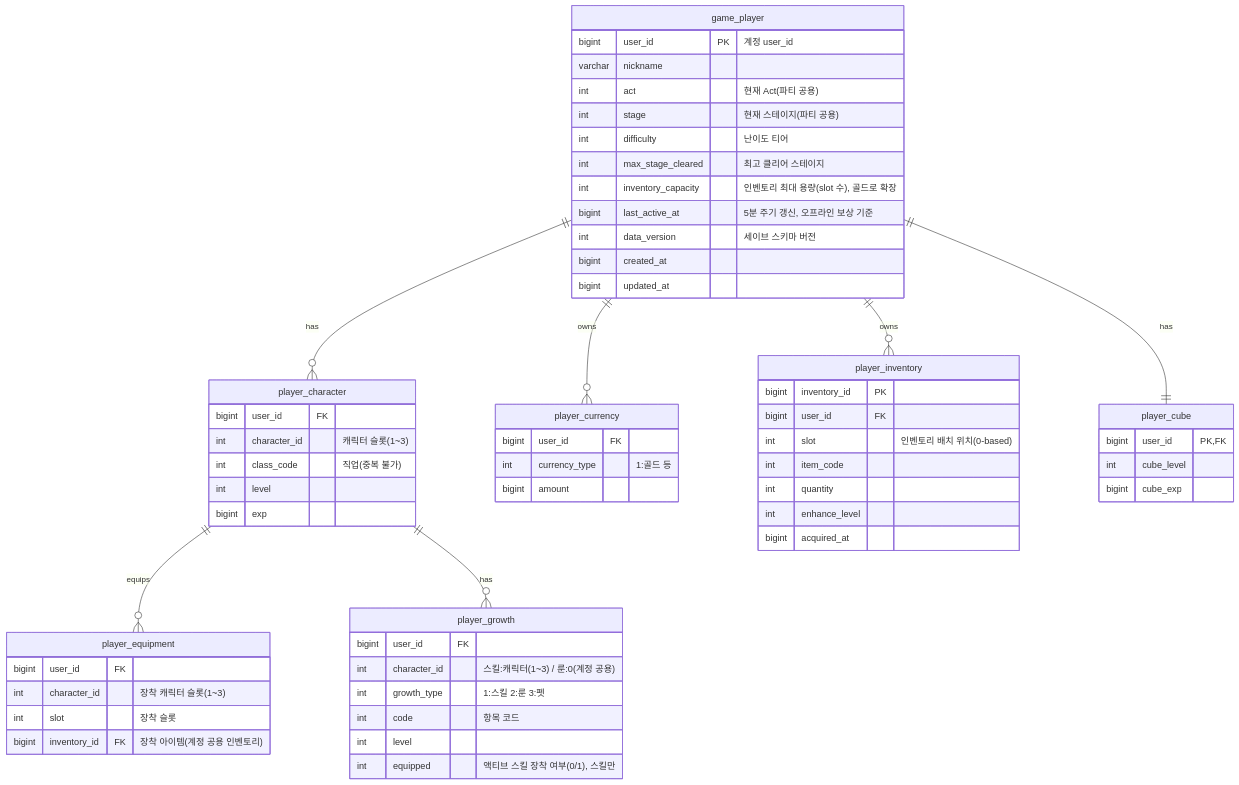
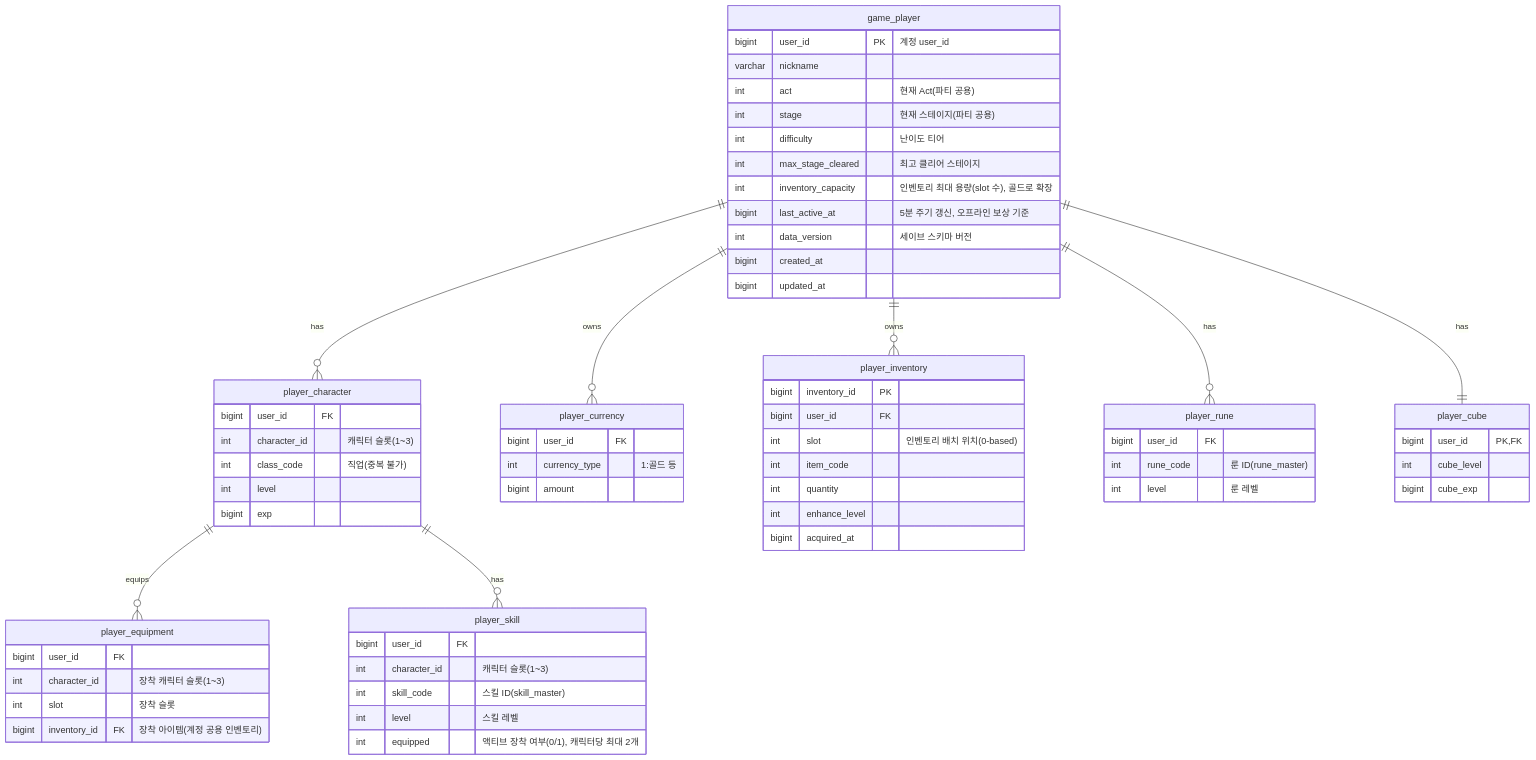
The second of 2 diagrams in docs/공통/db-erd-통합.md (ks-wook/com2us-taskbar-hero), drawn with Mermaid before and after one commit. The commit also changed other lines of this file and 8 other files, not shown here.

Commit message:
api erd 문서 수정

````diff
--- a/docs/공통/db-erd-통합.md
+++ b/docs/공통/db-erd-통합.md
@@ -50,69 +50,75 @@
 ```mermaid
 erDiagram
     game_player      ||--o{ player_character : has
     game_player      ||--o{ player_currency  : owns
     game_player      ||--o{ player_inventory : owns
+    game_player      ||--o{ player_rune      : has
     game_player      ||--|| player_cube      : has
     player_character ||--o{ player_equipment : equips
-    player_character ||--o{ player_growth    : has
+    player_character ||--o{ player_skill     : has
 
     game_player {
         bigint  user_id PK "계정 user_id"
         varchar nickname
         int     act "현재 Act(파티 공용)"
         int     stage "현재 스테이지(파티 공용)"
         int     difficulty "난이도 티어"
         int     max_stage_cleared "최고 클리어 스테이지"
         int     inventory_capacity "인벤토리 최대 용량(slot 수), 골드로 확장"
         bigint  last_active_at "5분 주기 갱신, 오프라인 보상 기준"
         int     data_version "세이브 스키마 버전"
         bigint  created_at
         bigint  updated_at
     }
 
     player_character {
         bigint  user_id FK
         int     character_id "캐릭터 슬롯(1~3)"
         int     class_code "직업(중복 불가)"
         int     level
         bigint  exp
     }
 
     player_currency {
         bigint  user_id FK
         int     currency_type "1:골드 등"
         bigint  amount
     }
 
     player_inventory {
         bigint  inventory_id PK
         bigint  user_id FK
         int     slot "인벤토리 배치 위치(0-based)"
         int     item_code
         int     quantity
         int     enhance_level
         bigint  acquired_at
     }
 
     player_equipment {
         bigint  user_id FK
         int     character_id "장착 캐릭터 슬롯(1~3)"
         int     slot "장착 슬롯"
         bigint  inventory_id FK "장착 아이템(계정 공용 인벤토리)"
     }
 
-    player_growth {
+    player_skill {
         bigint  user_id FK
-        int     character_id "스킬:캐릭터(1~3) / 룬:0(계정 공용)"
-        int     growth_type "1:스킬 2:룬 3:펫"
-        int     code "항목 코드"
-        int     level
-        int     equipped "액티브 스킬 장착 여부(0/1), 스킬만"
+        int     character_id "캐릭터 슬롯(1~3)"
+        int     skill_code "스킬 ID(skill_master)"
+        int     level "스킬 레벨"
+        int     equipped "액티브 장착 여부(0/1), 캐릭터당 최대 2개"
+    }
+
+    player_rune {
+        bigint  user_id FK
+        int     rune_code "룬 ID(rune_master)"
+        int     level "룬 레벨"
     }
 
     player_cube {
         bigint  user_id PK,FK
         int     cube_level
         bigint  cube_exp
     }
 ```
````
